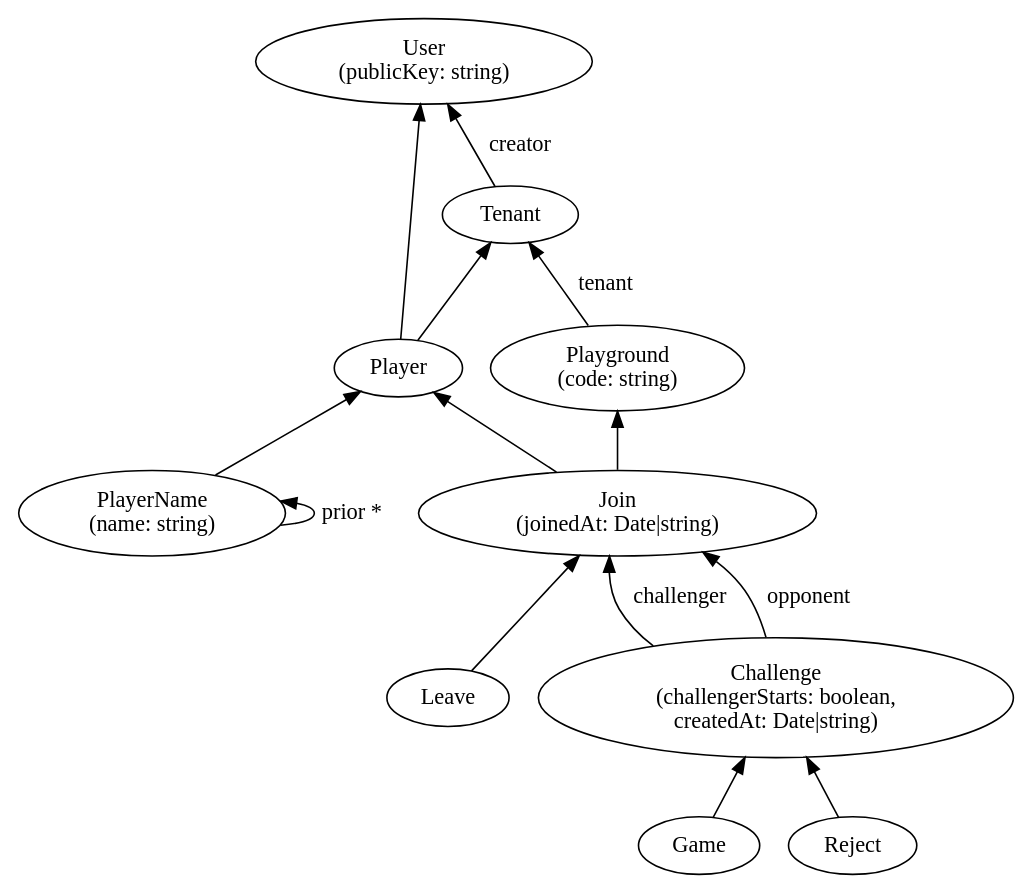
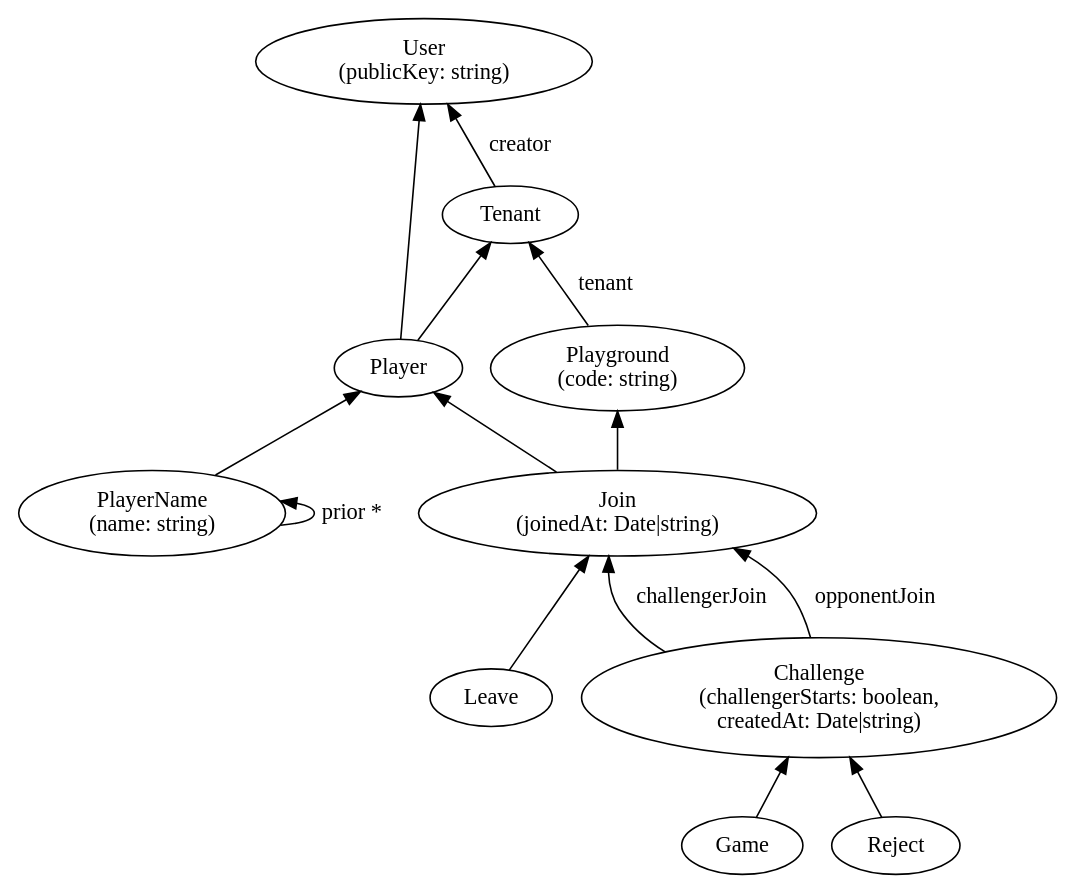
One commit to michaellperry/gamehub changed the diagram in docs/models/playground.dot. Above: the diagram before and after it, drawn with Graphviz. The commit also changed 5 other files, not shown here.

```diff
--- a/docs/models/playground.dot
+++ b/docs/models/playground.dot
@@ -1,26 +1,26 @@
 digraph {
     rankdir=BT
     User [label="User\n(publicKey: string)"]
 
     Tenant -> User [label="creator"]
     Player -> User, Tenant
 
     PlayerName [label="PlayerName\n(name: string)"]
     PlayerName -> Player
     PlayerName -> PlayerName [label="prior *"]
 
     Playground -> Tenant [label="tenant"]
     Playground [label="Playground\n(code: string)"]
 
     Join [label="Join\n(joinedAt: Date|string)"]
     Join -> Player, Playground
 
     Leave -> Join
 
-    Challenge -> Join [label="challenger"]
-    Challenge -> Join [label="opponent"]
+    Challenge -> Join [label="challengerJoin"]
+    Challenge -> Join [label="opponentJoin"]
     Challenge [label="Challenge\n(challengerStarts: boolean,\ncreatedAt: Date|string)"]
 
     Game -> Challenge
     Reject -> Challenge
 }
```
